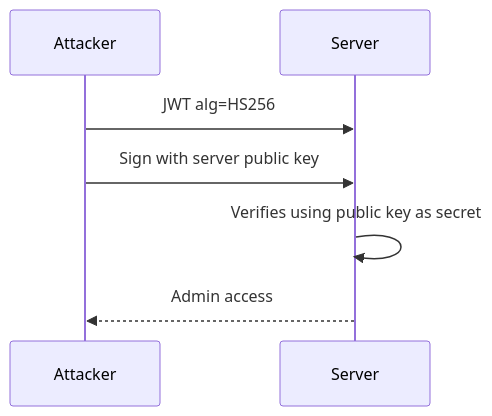
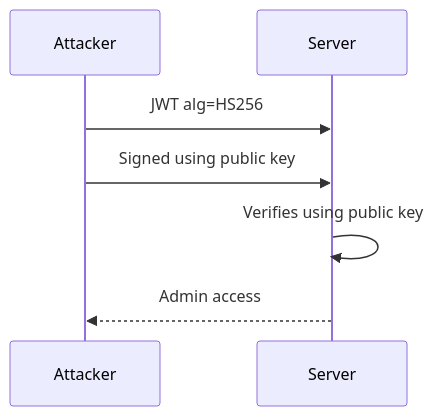
Before and after one commit to rednexusacademy/rednexusacademy.github.io: the fourth of 8 diagrams in _posts/2026-04-01-JWT2.md, drawn with Mermaid. The commit also changed other lines of this file, not shown here.

````diff
--- a/_posts/2026-04-01-JWT2.md
+++ b/_posts/2026-04-01-JWT2.md
@@ -211,10 +334,10 @@
 ```mermaid
 sequenceDiagram
     participant A as Attacker
     participant S as Server
 
     A->>S: JWT alg=HS256
-    A->>S: Sign with server public key
-    S->>S: Verifies using public key as secret
+    A->>S: Signed using public key
+    S->>S: Verifies using public key
     S-->>A: Admin access
 ```
````
